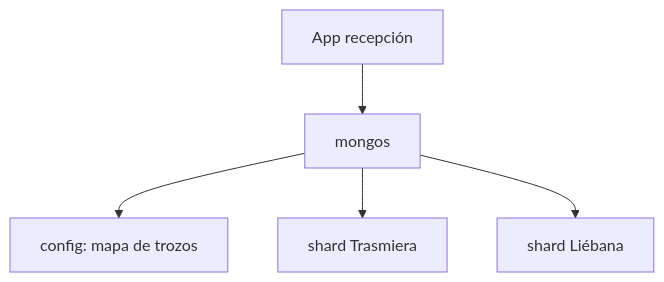
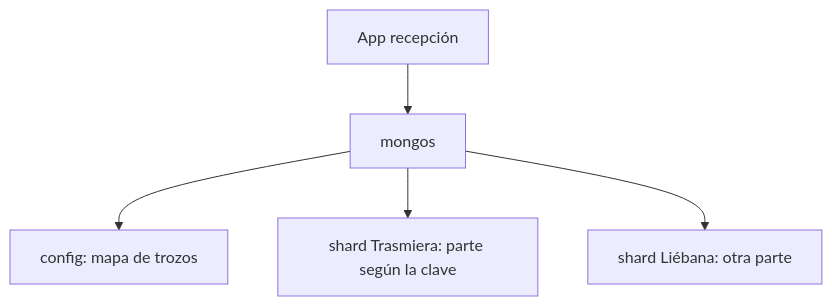
Before and after one commit to iesataulfoargentasor/bda_2026_2027: the third of 3 diagrams in docs/ut2/replicas-shards.md, drawn with Mermaid. The commit also changed other lines of this file and 4 other files, not shown here.

````diff
--- a/docs/ut2/replicas-shards.md
+++ b/docs/ut2/replicas-shards.md
@@ -250,7 +298,7 @@
 ```mermaid
 flowchart TB
   App[App recepción] --> R[mongos]
   R --> C[config: mapa de trozos]
-  R --> T[shard Trasmiera]
-  R --> L[shard Liébana]
+  R --> T[shard Trasmiera: parte según la clave]
+  R --> L[shard Liébana: otra parte]
 ```
````
